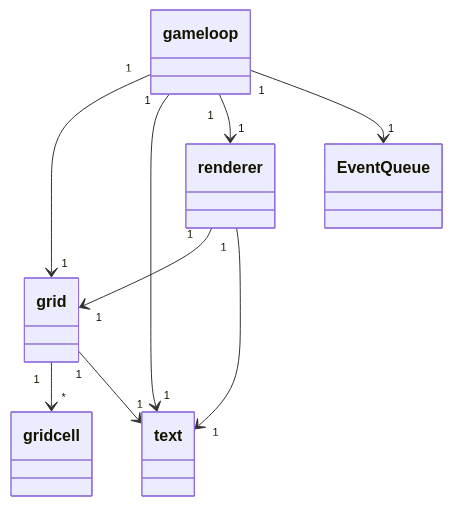
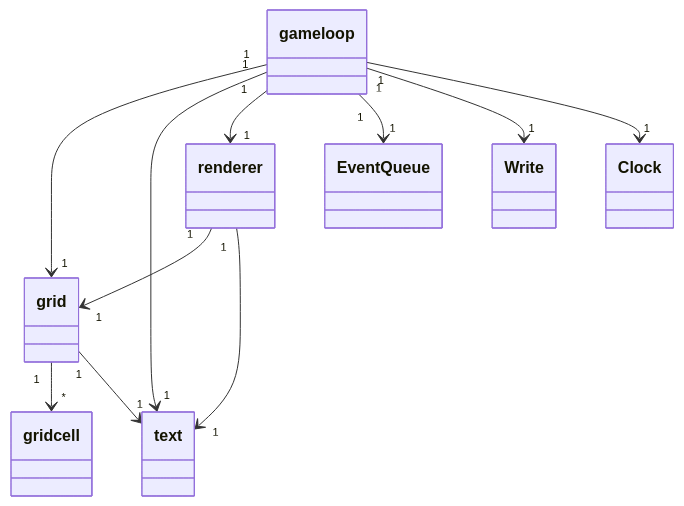
Before and after one commit to AnteroVehkaoja/ot-harjoitustyo: the diagram in documentation/arkkitehtuuri.md, drawn with Mermaid.

````diff
--- a/documentation/arkkitehtuuri.md
+++ b/documentation/arkkitehtuuri.md
@@ -1,11 +1,13 @@
 ```mermaid
  classDiagram
     gameloop "1" --> "1" grid
     gameloop "1" --> "1" text
     gameloop "1" --> "1" renderer
     gameloop "1" --> "1" EventQueue
+    gameloop "1" --> "1" Write
+    gameloop "1" --> "1" Clock
     grid "1" --> "*" gridcell
     grid "1" --> "1" text
     renderer "1" --> "1" grid
     renderer "1" --> "1" text
 ```
````
